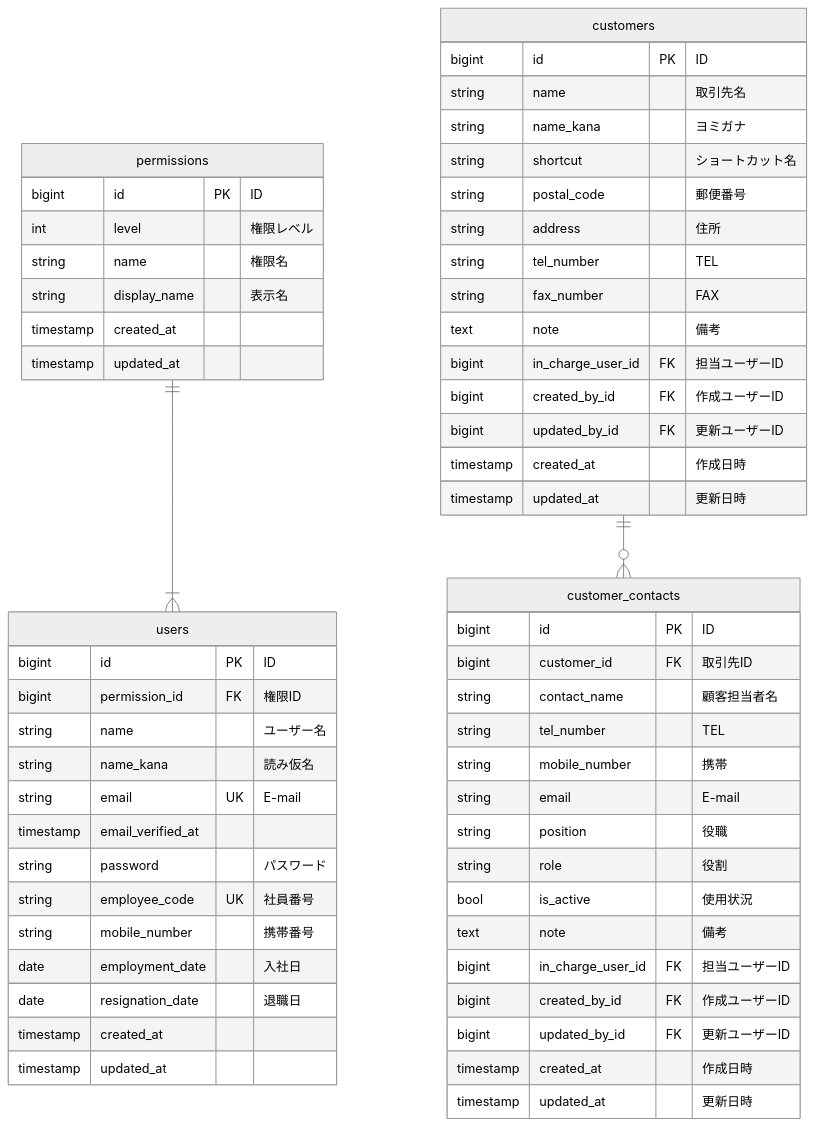
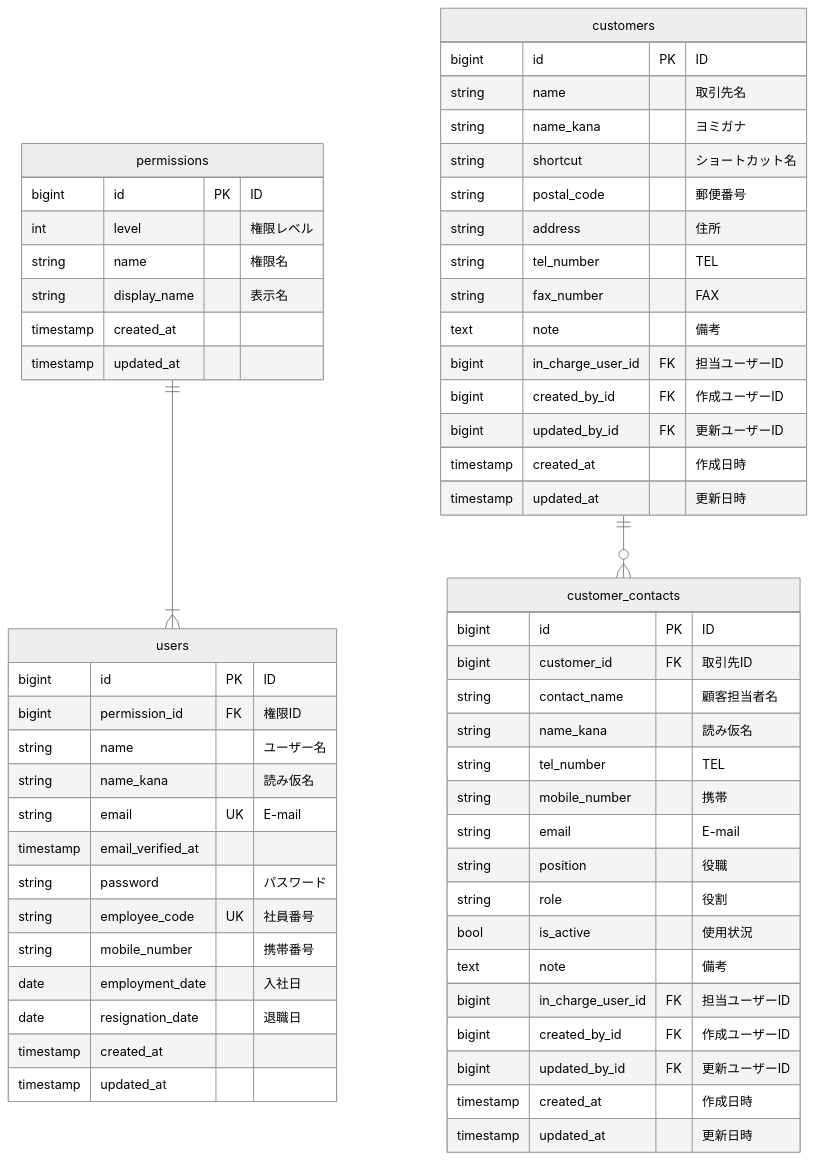
One commit to ryo-tom/flagship changed the diagram in src/ER.mmd. Above: the diagram before and after it, drawn with Mermaid (neutral theme). The commit also changed 2 other files, not shown here.

```diff
--- a/src/ER.mmd
+++ b/src/ER.mmd
@@ -1,72 +1,73 @@
 erDiagram
 
   %% Table relationships
   permissions ||--|{ users : ""
   customers ||--o{ customer_contacts : ""
 
   %% Table definitions
 
   %% 権限
   permissions {
     bigint id PK "ID"
     int level "権限レベル"
     string name "権限名"
     string display_name "表示名"
     timestamp created_at
     timestamp updated_at
   }
 
   %% ユーザー
   users {
     bigint id PK "ID"
     bigint permission_id FK "権限ID"
     string name "ユーザー名"
     string name_kana "読み仮名"
     string email UK "E-mail"
     timestamp email_verified_at
     string password "パスワード"
     string employee_code UK "社員番号"
     string mobile_number "携帯番号"
     date employment_date "入社日"
     date resignation_date "退職日"
     timestamp created_at
     timestamp updated_at
   }
 
 
   %% 取引先
   customers {
     bigint id PK "ID"
     string name "取引先名"
     string name_kana "ヨミガナ"
     string shortcut "ショートカット名"
     string postal_code "郵便番号"
     string address "住所"
     string tel_number "TEL"
     string fax_number "FAX"
     text note "備考"
     bigint in_charge_user_id FK "担当ユーザーID"
     bigint created_by_id FK "作成ユーザーID"
     bigint updated_by_id FK "更新ユーザーID"
     timestamp created_at "作成日時"
     timestamp updated_at "更新日時"
   }
 
   %% 取引先担当者
   customer_contacts {
     bigint id PK "ID"
     bigint customer_id FK "取引先ID"
     string contact_name "顧客担当者名"
+    string name_kana "読み仮名"
     string tel_number "TEL"
     string mobile_number "携帯"
     string email "E-mail"
     string position "役職"
     string role "役割"
     bool is_active "使用状況"
     text note "備考"
     bigint in_charge_user_id FK "担当ユーザーID"
     bigint created_by_id FK "作成ユーザーID"
     bigint updated_by_id FK "更新ユーザーID"
     timestamp created_at "作成日時"
     timestamp updated_at "更新日時"
   }
```
